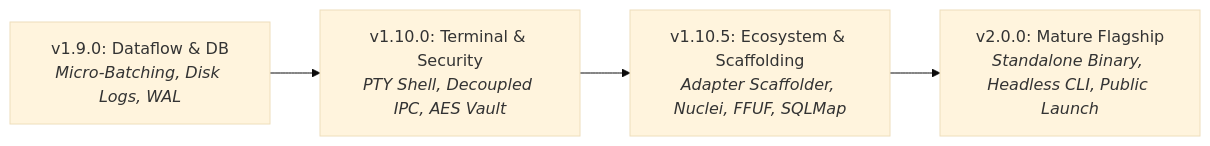
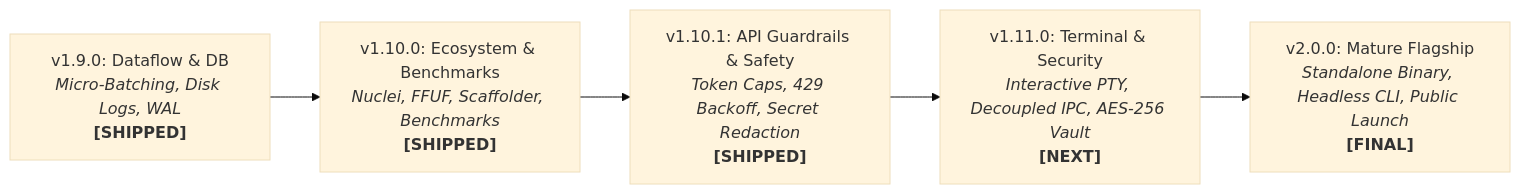
Before and after one commit to h45sh/cyguide: the first of 4 diagrams in docs/developer/V2_PLATFORM_SPECIFICATION.md, drawn with Mermaid (base theme). The commit also changed other lines of this file and 5 other files, not shown here.

Commit message:
docs: overhaul benchmark dashboard, align v2 platform spec and update roadmap

````diff
--- a/docs/developer/V2_PLATFORM_SPECIFICATION.md
+++ b/docs/developer/V2_PLATFORM_SPECIFICATION.md
@@ -13,6 +13,7 @@
 ```mermaid
 flowchart LR
-    M1["v1.9.0: Dataflow & DB<br><i>Micro-Batching, Disk Logs, WAL</i>"] --> M2["v1.10.0: Terminal & Security<br><i>PTY Shell, Decoupled IPC, AES Vault</i>"]
-    M2 --> M3["v1.10.5: Ecosystem & Scaffolding<br><i>Adapter Scaffolder, Nuclei, FFUF, SQLMap</i>"]
-    M3 --> M4["v2.0.0: Mature Flagship<br><i>Standalone Binary, Headless CLI, Public Launch</i>"]
+    M1["v1.9.0: Dataflow & DB<br><i>Micro-Batching, Disk Logs, WAL</i><br><b>[SHIPPED]</b>"] --> M2["v1.10.0: Ecosystem & Benchmarks<br><i>Nuclei, FFUF, Scaffolder, Benchmarks</i><br><b>[SHIPPED]</b>"]
+    M2 --> M3["v1.10.1: API Guardrails & Safety<br><i>Token Caps, 429 Backoff, Secret Redaction</i><br><b>[SHIPPED]</b>"]
+    M3 --> M4["v1.11.0: Terminal & Security<br><i>Interactive PTY, Decoupled IPC, AES-256 Vault</i><br><b>[NEXT]</b>"]
+    M4 --> M5["v2.0.0: Mature Flagship<br><i>Standalone Binary, Headless CLI, Public Launch</i><br><b>[FINAL]</b>"]
 ```
````
